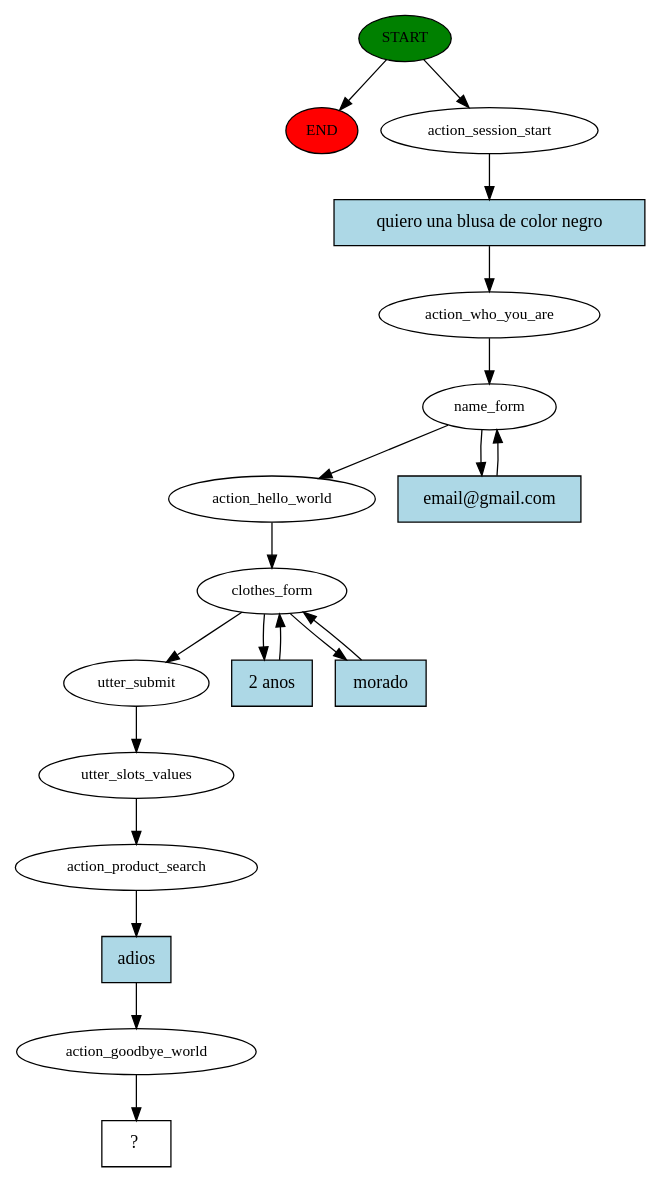
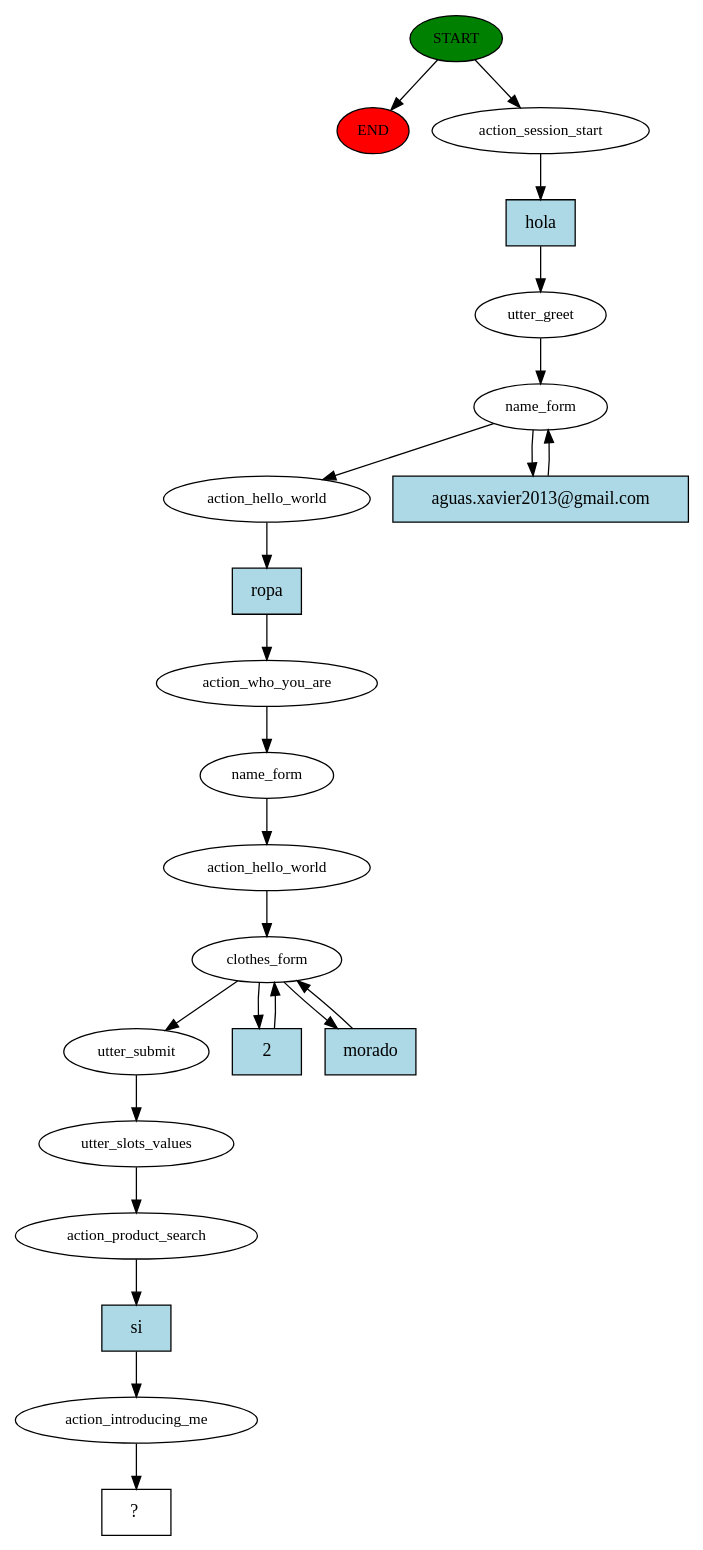
One commit to kabirivan/Ecommerce-Assistant-Jasmine changed the diagram in story_graph.dot. Above: the diagram before and after it, drawn with Graphviz. The commit also changed 7 other files, not shown here.

```diff
--- a/story_graph.dot
+++ b/story_graph.dot
@@ -1,38 +1,46 @@
 digraph  {
 0 [class="start active", fillcolor=green, fontsize=12, label=START, style=filled];
 "-1" [class=end, fillcolor=red, fontsize=12, label=END, style=filled];
 1 [class=active, fontsize=12, label=action_session_start];
-2 [class=active, fontsize=12, label=action_who_you_are];
+2 [class=active, fontsize=12, label=utter_greet];
 3 [class=active, fontsize=12, label=name_form];
 6 [class=active, fontsize=12, label=action_hello_world];
-7 [class=active, fontsize=12, label=clothes_form];
-10 [class=active, fontsize=12, label=utter_submit];
-11 [class=active, fontsize=12, label=utter_slots_values];
-12 [class=active, fontsize=12, label=action_product_search];
-13 [class=active, fontsize=12, label=action_goodbye_world];
-14 [class="intent dashed active", label="  ?  ", shape=rect];
-15 [class="intent active", fillcolor=lightblue, label="quiero una blusa de color negro", shape=rect, style=filled];
-16 [class="intent active", fillcolor=lightblue, label="email@gmail.com", shape=rect, style=filled];
-17 [class="intent active", fillcolor=lightblue, label="2 anos", shape=rect, style=filled];
-18 [class="intent active", fillcolor=lightblue, label=morado, shape=rect, style=filled];
-19 [class="intent active", fillcolor=lightblue, label=adios, shape=rect, style=filled];
+7 [class=active, fontsize=12, label=action_who_you_are];
+8 [class=active, fontsize=12, label=name_form];
+9 [class=active, fontsize=12, label=action_hello_world];
+10 [class=active, fontsize=12, label=clothes_form];
+15 [class=active, fontsize=12, label=utter_submit];
+16 [class=active, fontsize=12, label=utter_slots_values];
+17 [class=active, fontsize=12, label=action_product_search];
+18 [class=active, fontsize=12, label=action_introducing_me];
+19 [class="intent dashed active", label="  ?  ", shape=rect];
+20 [class="intent active", fillcolor=lightblue, label=hola, shape=rect, style=filled];
+21 [class="intent active", fillcolor=lightblue, label="aguas.xavier2013@gmail.com", shape=rect, style=filled];
+22 [class="intent active", fillcolor=lightblue, label=ropa, shape=rect, style=filled];
+23 [class="intent active", fillcolor=lightblue, label=2, shape=rect, style=filled];
+24 [class="intent active", fillcolor=lightblue, label=morado, shape=rect, style=filled];
+25 [class="intent active", fillcolor=lightblue, label=si, shape=rect, style=filled];
 0 -> "-1"  [class="", key=NONE, label=""];
 0 -> 1  [class=active, key=NONE, label=""];
-1 -> 15  [class=active, key=0];
+1 -> 20  [class=active, key=0];
 2 -> 3  [class=active, key=NONE, label=""];
 3 -> 6  [class=active, key=NONE, label=""];
-3 -> 16  [class=active, key=0];
-6 -> 7  [class=active, key=NONE, label=""];
-7 -> 10  [class=active, key=NONE, label=""];
-7 -> 17  [class=active, key=0];
-7 -> 18  [class=active, key=0];
-10 -> 11  [class=active, key=NONE, label=""];
-11 -> 12  [class=active, key=NONE, label=""];
-12 -> 19  [class=active, key=0];
-13 -> 14  [class=active, key=NONE, label=""];
-15 -> 2  [class=active, key=0];
-16 -> 3  [class=active, key=0];
-17 -> 7  [class=active, key=0];
-18 -> 7  [class=active, key=0];
-19 -> 13  [class=active, key=0];
+3 -> 21  [class=active, key=0];
+6 -> 22  [class=active, key=0];
+7 -> 8  [class=active, key=NONE, label=""];
+8 -> 9  [class=active, key=NONE, label=""];
+9 -> 10  [class=active, key=NONE, label=""];
+10 -> 15  [class=active, key=NONE, label=""];
+10 -> 23  [class=active, key=0];
+10 -> 24  [class=active, key=0];
+15 -> 16  [class=active, key=NONE, label=""];
+16 -> 17  [class=active, key=NONE, label=""];
+17 -> 25  [class=active, key=0];
+18 -> 19  [class=active, key=NONE, label=""];
+20 -> 2  [class=active, key=0];
+21 -> 3  [class=active, key=0];
+22 -> 7  [class=active, key=0];
+23 -> 10  [class=active, key=0];
+24 -> 10  [class=active, key=0];
+25 -> 18  [class=active, key=0];
 }
```
